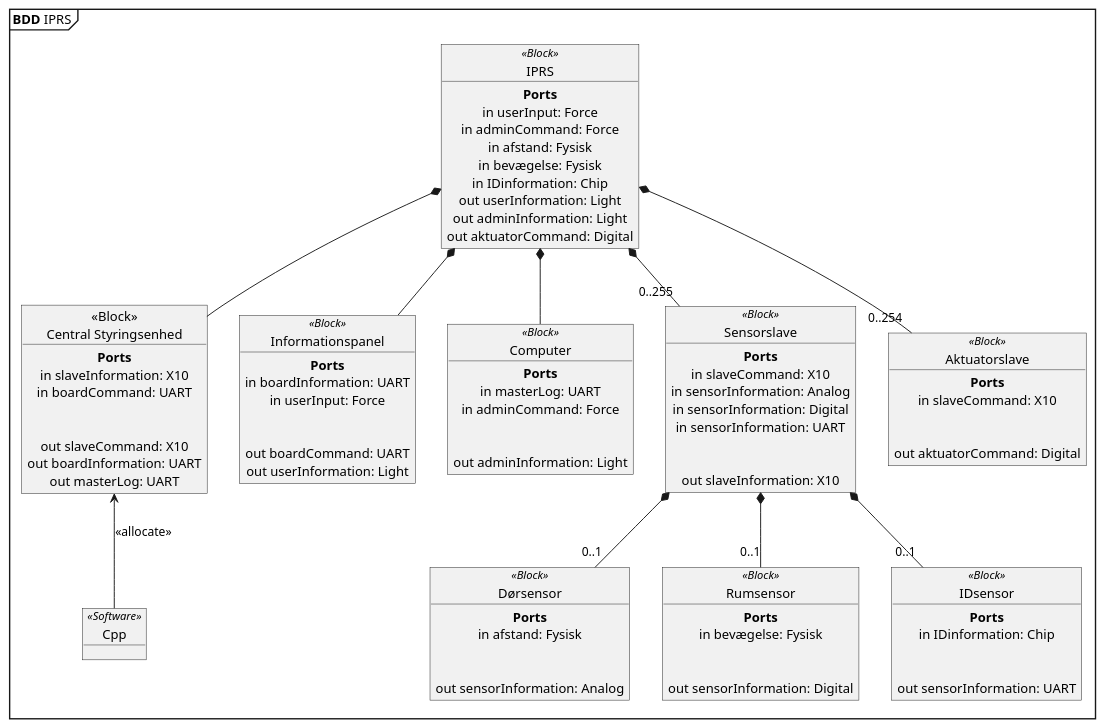
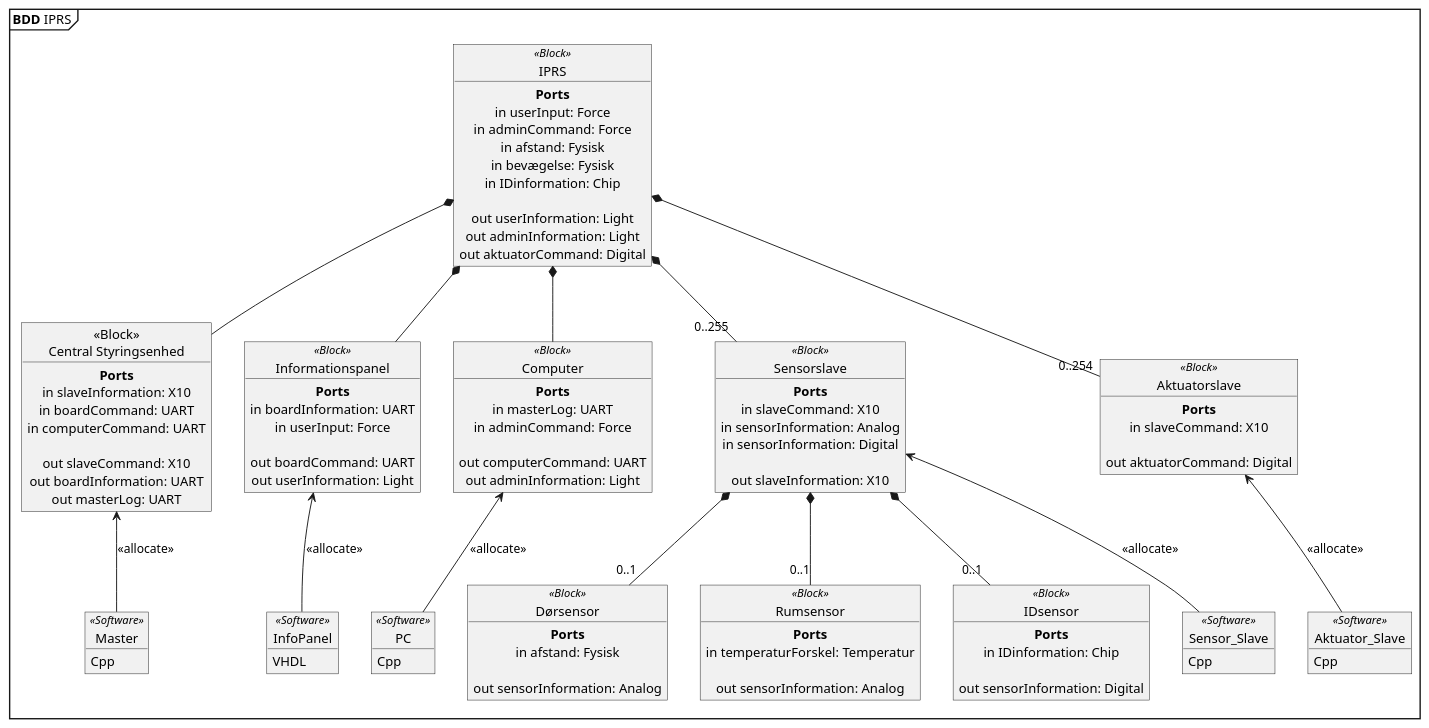
The diagram in Updated SysML/Hardware Arkitektur/BDD.puml (Tukkel/Projekt_2), drawn with PlantUML before and after one commit. The commit also changed 1 other file, not shown here.

```diff
--- a/Updated SysML/Hardware Arkitektur/BDD.puml
+++ b/Updated SysML/Hardware Arkitektur/BDD.puml
@@ -1,97 +1,126 @@
 @startuml BDD IPRS
 skinparam defaultTextAlignment center
+hide empty members
 
 mainframe **BDD** IPRS
 
 
 object IPRS <<Block>>  {
 **Ports**
 in userInput: Force
 in adminCommand: Force
 in afstand: Fysisk
 in bevægelse: Fysisk
 in IDinformation: Chip
+\t
 out userInformation: Light
 out adminInformation: Light
 out aktuatorCommand: Digital
 }
 
 object "<<Block>>\nCentral Styringsenhed" as master {
 **Ports**
 in slaveInformation: X10
 in boardCommand: UART
-\n
+in computerCommand: UART
+\t
 out slaveCommand: X10
 out boardInformation: UART
 out masterLog: UART
 }
 
 object Informationspanel <<Block>> {
 **Ports**
 in boardInformation: UART
 in userInput: Force
-\n
+\t
 out boardCommand: UART
 out userInformation: Light
 }
 
 object Computer <<Block>> {
 **Ports**
 in masterLog: UART
 in adminCommand: Force
-\n
+\t
+out computerCommand: UART
 out adminInformation: Light
 }
 ' Måske mus/tastetur
 
 object Sensorslave <<Block>> {
 **Ports**
 in slaveCommand: X10
 in sensorInformation: Analog
 in sensorInformation: Digital
-in sensorInformation: UART
-\n
+\t
 out slaveInformation: X10
 }
 
 object Aktuatorslave <<Block>> {
 **Ports**
 in slaveCommand: X10
-\n
+\t
 out aktuatorCommand: Digital
 }
 
 object Dørsensor <<Block>>  {
 **Ports**
 in afstand: Fysisk
-\n
+\t
 out sensorInformation: Analog
 }
 
 object Rumsensor <<Block>>  {
 **Ports**
-in bevægelse: Fysisk
-\n
-out sensorInformation: Digital
+in temperaturForskel: Temperatur
+\t
+out sensorInformation: Analog
 }
 
 object IDsensor <<Block>> {
 **Ports**
 in IDinformation: Chip
-\n
-out sensorInformation: UART
+\t
+out sensorInformation: Digital
 }
 
-object Cpp <<Software>> {
+object Master <<Software>> {
+    Cpp
 }
 
-master <-- Cpp  : "<<allocate>>" 
+object PC <<Software>> {
+    Cpp
+}
+
+object InfoPanel <<Software>> {
+    VHDL
+}
+
+object Sensor_Slave <<Software>> {
+    Cpp
+}
+
+object Aktuator_Slave <<Software>> {
+    Cpp
+}
+
+
+
+
+master <-- Master  : "<<allocate>>" 
+Computer <-- PC : "<<allocate>>"
+Informationspanel <-- InfoPanel : "<<allocate>>"
+Sensorslave <-- Sensor_Slave : "<<allocate>>"
+Aktuatorslave <-- Aktuator_Slave : "<<allocate>>"
+
+
 IPRS *-- master
 IPRS *-- Informationspanel
 IPRS *-- Computer
 IPRS *-- "0..254" Aktuatorslave
 IPRS *-- "0..255" Sensorslave
 Sensorslave  *-- "0..1" Dørsensor 
 Sensorslave *-- "0..1" Rumsensor
 Sensorslave *-- "0..1" IDsensor
 @enduml
```
